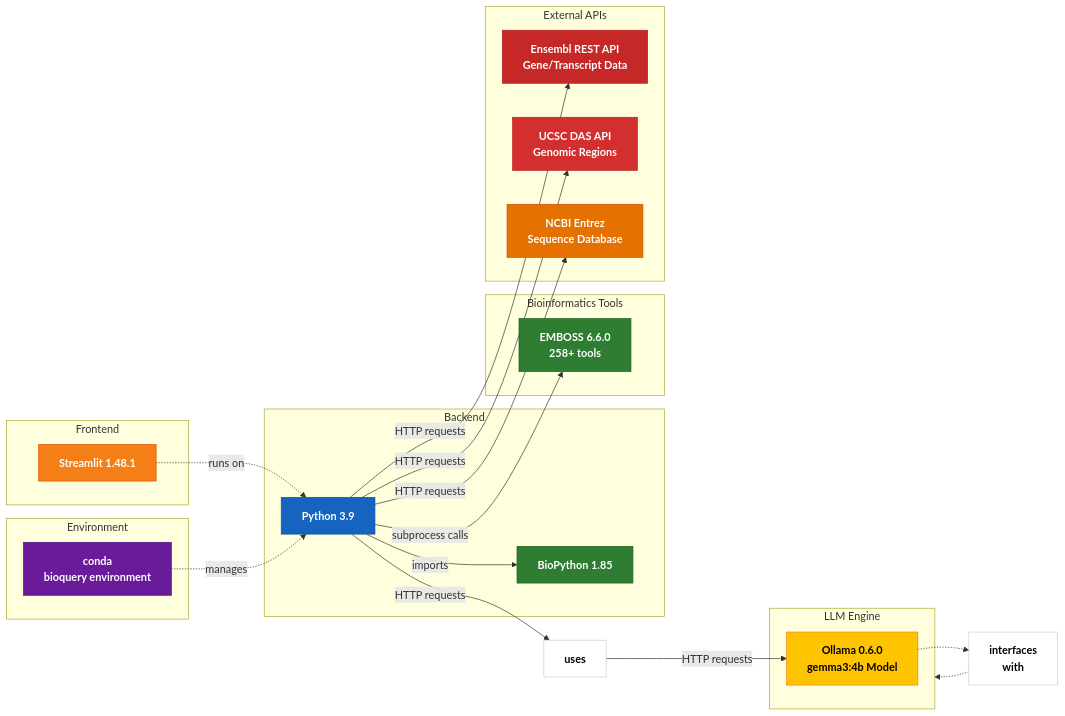
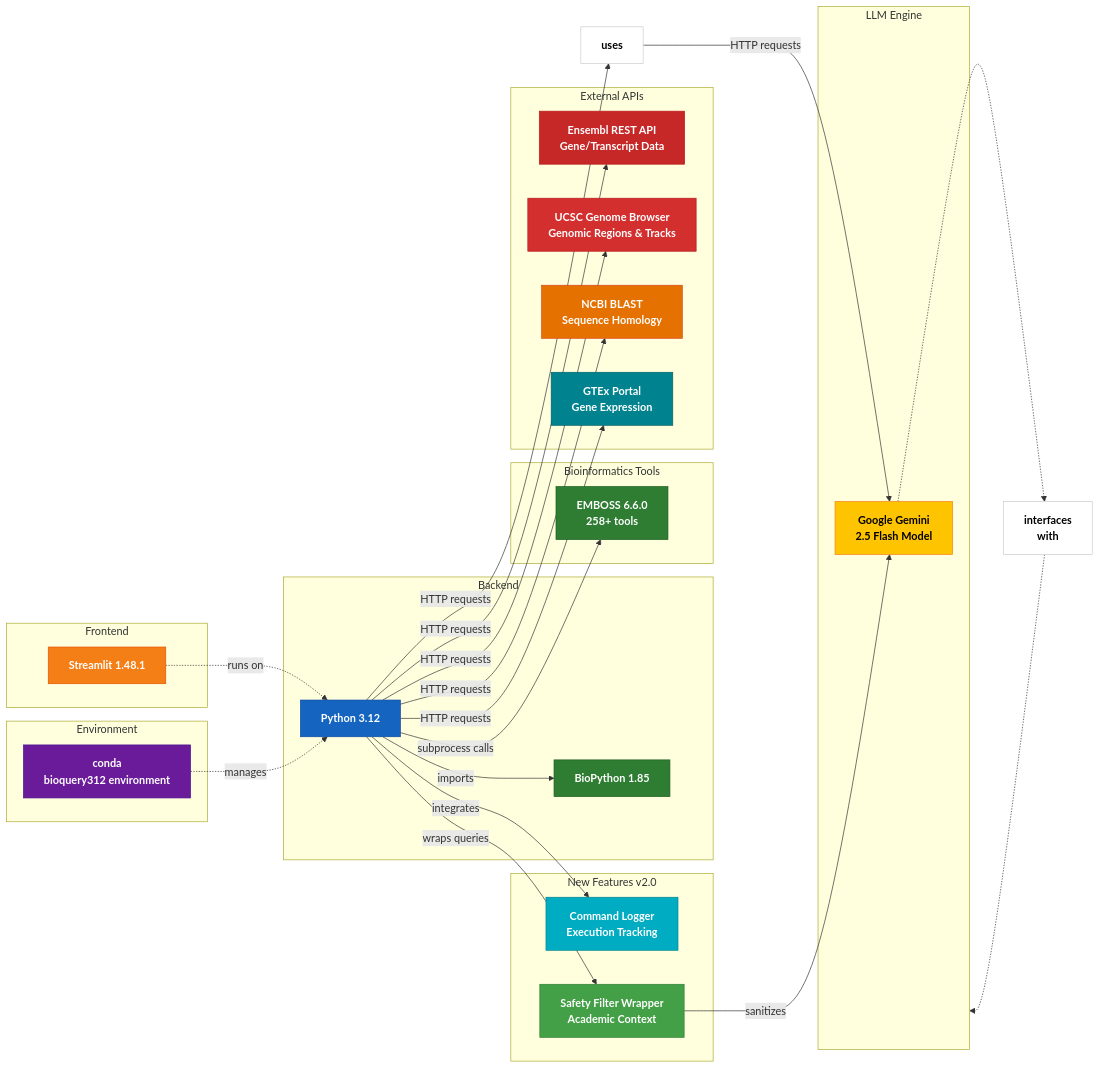
Diagram 11 of 11 in ARCHITECTURE.md (caagendaz/BME110-final), drawn with Mermaid before and after one commit. The commit also changed other lines of this file and 1 other file, not shown here.

First line of the commit message:
Update documentation with new features

````diff
--- a/ARCHITECTURE.md
+++ b/ARCHITECTURE.md
@@ -303,55 +383,68 @@
 ```mermaid
 graph LR
     subgraph Frontend["Frontend"]
         Streamlit["Streamlit 1.48.1"]
     end
     
     subgraph Backend["Backend"]
-        Python["Python 3.9"]
+        Python["Python 3.12"]
         Bio["BioPython 1.85"]
     end
     
     subgraph Tools["Bioinformatics Tools"]
         EMBOSS["EMBOSS 6.6.0<br/>258+ tools"]
     end
     
     subgraph LLM["LLM Engine"]
-        Ollama["Ollama 0.6.0<br/>gemma3:4b Model"]
+        Gemini["Google Gemini<br/>2.5 Flash Model"]
     end
     
     subgraph APIs["External APIs"]
         Ensembl["Ensembl REST API<br/>Gene/Transcript Data"]
-        UCSC["UCSC DAS API<br/>Genomic Regions"]
-        NCBI["NCBI Entrez<br/>Sequence Database"]
+        UCSC["UCSC Genome Browser<br/>Genomic Regions & Tracks"]
+        NCBI["NCBI BLAST<br/>Sequence Homology"]
+        GTEx["GTEx Portal<br/>Gene Expression"]
     end
     
     subgraph Env["Environment"]
-        Conda["conda<br/>bioquery environment"]
+        Conda["conda<br/>bioquery312 environment"]
+    end
+    
+    subgraph NewFeatures["New Features v2.0"]
+        Logger["Command Logger<br/>Execution Tracking"]
+        SafetyWrapper["Safety Filter Wrapper<br/>Academic Context"]
     end
     
     Streamlit -.->|runs on| Python
     Python -->|imports| Bio
     Python -->|subprocess calls| EMBOSS
     Uses["uses"]
     Python -->|HTTP requests| Uses
-    Uses -->|HTTP requests| Ollama
+    Uses -->|HTTP requests| Gemini
     Python -->|HTTP requests| Ensembl
     Python -->|HTTP requests| UCSC
     Python -->|HTTP requests| NCBI
+    Python -->|HTTP requests| GTEx
     LLMLabel["interfaces<br/>with"]
-    Ollama -.-> LLMLabel
+    Gemini -.-> LLMLabel
     LLMLabel -.-> LLM
     Conda -.->|manages| Python
+    Python -->|integrates| Logger
+    Python -->|wraps queries| SafetyWrapper
+    SafetyWrapper -->|sanitizes| Gemini
     
     style Streamlit fill:#f57f17,stroke:#e65100,color:#ffffff,font-weight:bold
     style Python fill:#1565c0,stroke:#0d47a1,color:#ffffff,font-weight:bold
     style Bio fill:#2e7d32,stroke:#1b5e20,color:#ffffff,font-weight:bold
     style EMBOSS fill:#2e7d32,stroke:#1b5e20,color:#ffffff,font-weight:bold
-    style Ollama fill:#ffc400,stroke:#f57f17,color:#000000,font-weight:bold
+    style Gemini fill:#ffc400,stroke:#f57f17,color:#000000,font-weight:bold
     style Ensembl fill:#c62828,stroke:#b71c1c,color:#ffffff,font-weight:bold
     style UCSC fill:#d32f2f,stroke:#b71c1c,color:#ffffff,font-weight:bold
     style NCBI fill:#e57100,stroke:#d84315,color:#ffffff,font-weight:bold
+    style GTEx fill:#00838f,stroke:#006064,color:#ffffff,font-weight:bold
     style Conda fill:#6a1b9a,stroke:#4a148c,color:#ffffff,font-weight:bold
+    style Logger fill:#00acc1,stroke:#00838f,color:#ffffff,font-weight:bold
+    style SafetyWrapper fill:#43a047,stroke:#2e7d32,color:#ffffff,font-weight:bold
     style Uses fill:#ffffff,stroke:#cccccc,color:#000000,font-weight:bold
     style LLMLabel fill:#ffffff,stroke:#cccccc,color:#000000,font-weight:bold
 ```
````
